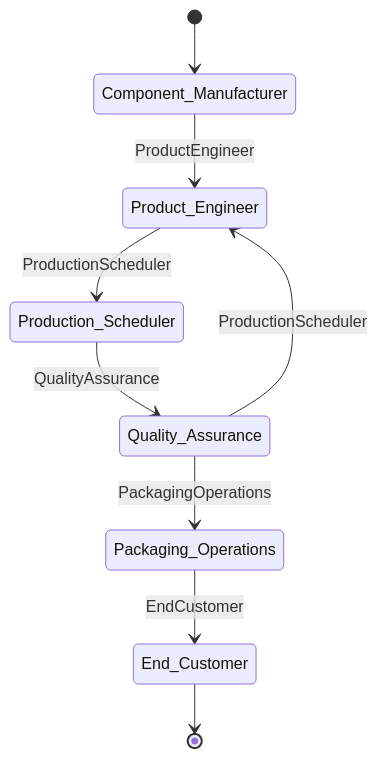
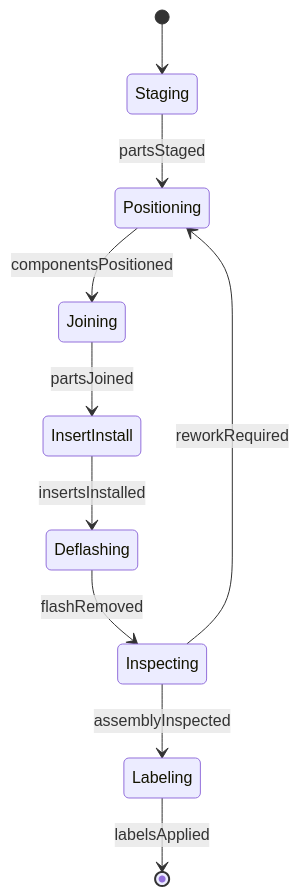
One commit to dot-org-ai/tasks.org.ai changed the second of 4 diagrams in HandlingAndMovingObjects/AssembleProductsOrWorkAids/AssembleMetalPlasticPartsProducts.mdx. Above: the diagram before and after it, drawn with Mermaid. The commit also changed other lines of this file and 515 other files, not shown here.

````diff
--- a/HandlingAndMovingObjects/AssembleProductsOrWorkAids/AssembleMetalPlasticPartsProducts.mdx
+++ b/HandlingAndMovingObjects/AssembleProductsOrWorkAids/AssembleMetalPlasticPartsProducts.mdx
@@ -101,11 +99,12 @@
 ```mermaid
 stateDiagram-v2
-    [*] --> Component_Manufacturer
-    Component_Manufacturer --> Product_Engineer: ProductEngineer
-    Product_Engineer --> Production_Scheduler: ProductionScheduler
-    Production_Scheduler --> Quality_Assurance: QualityAssurance
-    Quality_Assurance --> Packaging_Operations: PackagingOperations
-    Packaging_Operations --> End_Customer: EndCustomer
-    Quality_Assurance --> Product_Engineer: ProductionScheduler
-    End_Customer --> [*]
+    [*] --> Staging
+    Staging --> Positioning : partsStaged
+    Positioning --> Joining : componentsPositioned
+    Joining --> InsertInstall : partsJoined
+    InsertInstall --> Deflashing : insertsInstalled
+    Deflashing --> Inspecting : flashRemoved
+    Inspecting --> Labeling : assemblyInspected
+    Inspecting --> Positioning : reworkRequired
+    Labeling --> [*] : labelsApplied
 ```
````
